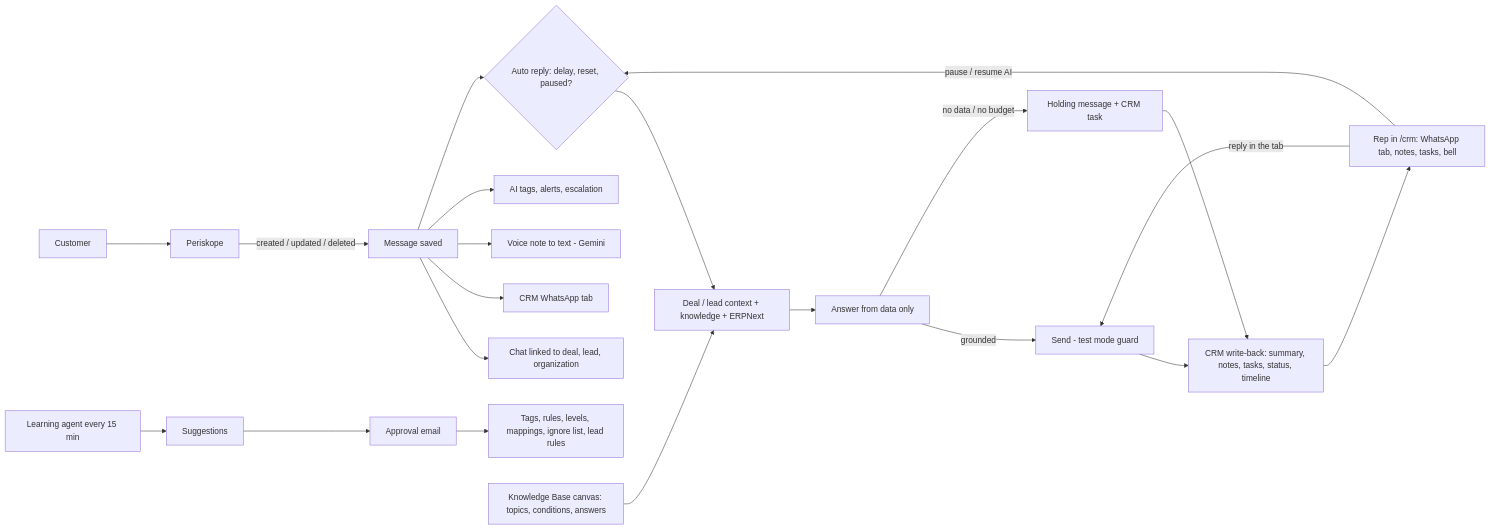
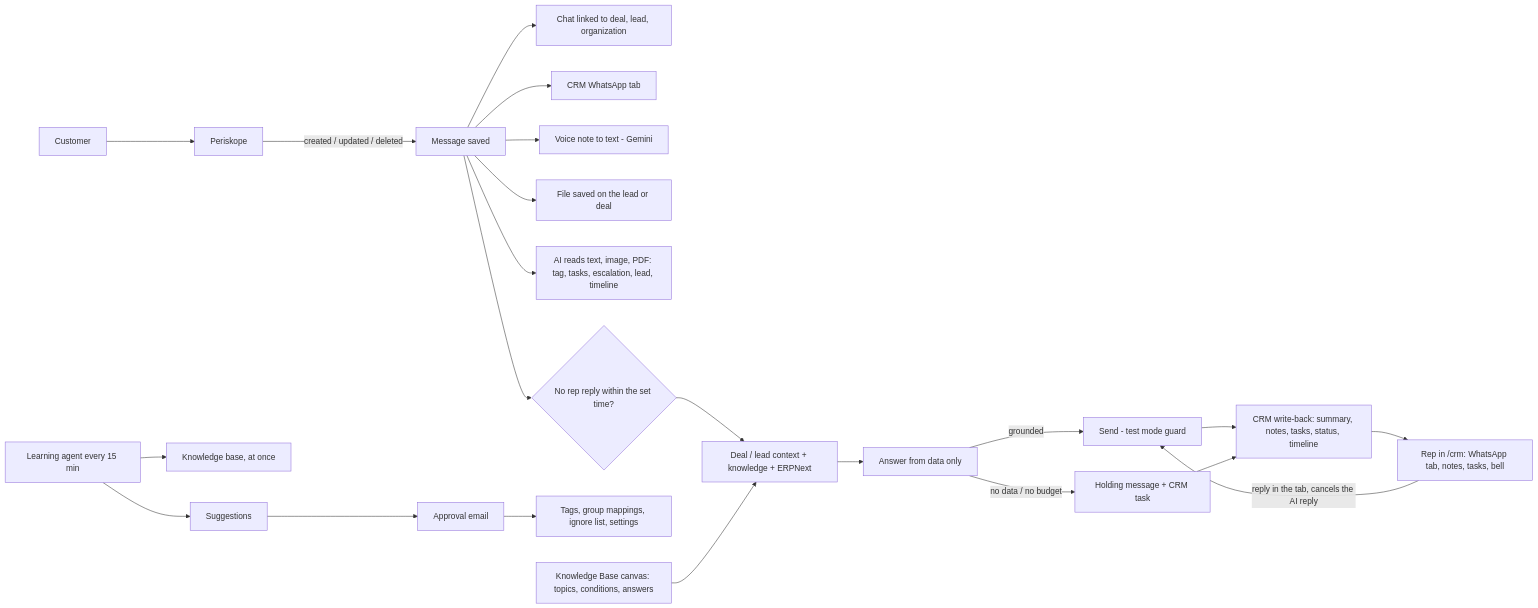
One commit to rs-rethik/Periskope-Connector changed the diagram in README.md. Above: the diagram before and after it, drawn with Mermaid. The commit also changed other lines of this file and 73 other files, not shown here.

Commit message:
Make the AI agent the controller: it decides tasks, escalations, leads and timeline entries, reads images and PDFs, and replies when no rep does; rules, pause buttons and most settings are gone

````diff
--- a/README.md
+++ b/README.md
@@ -358,20 +306,21 @@
 ```mermaid
 flowchart LR
   C[Customer] --> P[Periskope] -->|created / updated / deleted| M[Message saved]
   M --> CH[Chat linked to deal, lead, organization]
   M --> TAB[CRM WhatsApp tab]
   M --> V[Voice note to text - Gemini]
-  M --> T[AI tags, alerts, escalation]
-  M --> AR{Auto reply: delay, reset, paused?}
+  M --> F[File saved on the lead or deal]
+  M --> T[AI reads text, image, PDF: tag, tasks, escalation, lead, timeline]
+  M --> AR{No rep reply within the set time?}
   AR --> CTX[Deal / lead context + knowledge + ERPNext]
   CTX --> ANS[Answer from data only]
   ANS -->|grounded| S[Send - test mode guard]
   ANS -->|no data / no budget| H[Holding message + CRM task]
   S --> WB[CRM write-back: summary, notes, tasks, status, timeline]
   H --> WB
   WB --> REP[Rep in /crm: WhatsApp tab, notes, tasks, bell]
-  REP -->|reply in the tab| S
-  REP -->|pause / resume AI| AR
-  AG[Learning agent every 15 min] --> SUG[Suggestions] --> MAIL[Approval email] --> CFG[Tags, rules, levels, mappings, ignore list, lead rules]
+  REP -->|reply in the tab, cancels the AI reply| S
+  AG[Learning agent every 15 min] --> KBU[Knowledge base, at once]
+  AG --> SUG[Suggestions] --> MAIL[Approval email] --> CFG[Tags, group mappings, ignore list, settings]
   KB[Knowledge Base canvas: topics, conditions, answers] --> CTX
 ```
````
